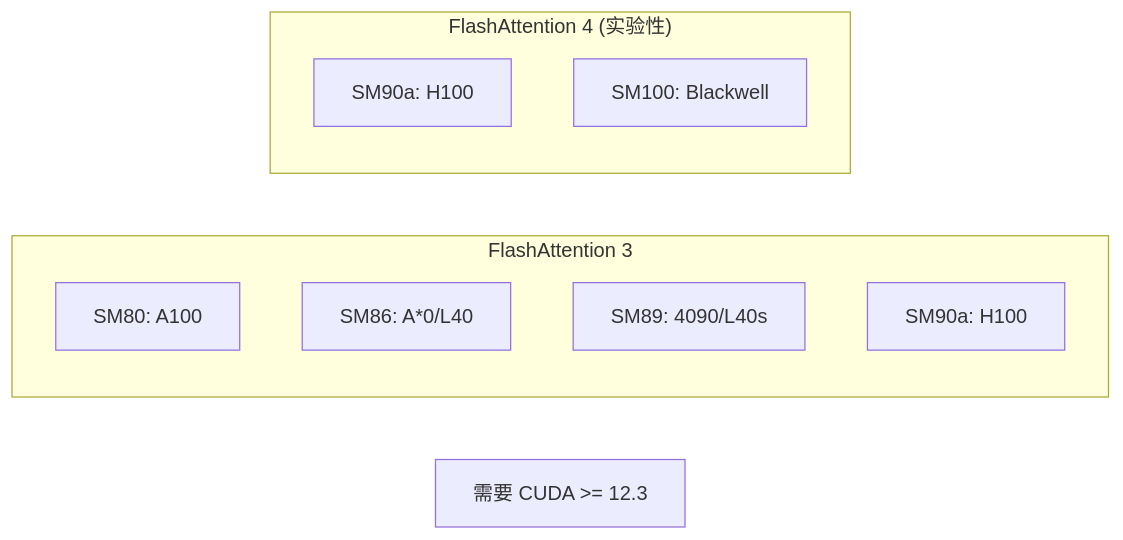
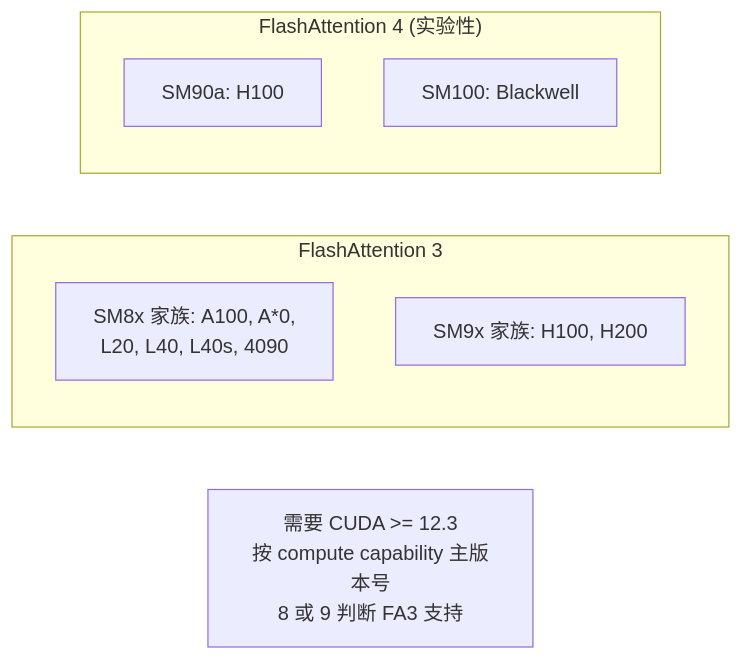
The second of 6 diagrams in SGLang/16-attention-kernels.md (wesleyck/AIInfraNotes), drawn with Mermaid before and after one commit. The commit also changed other lines of this file and 26 other files, not shown here.

````diff
--- a/SGLang/16-attention-kernels.md
+++ b/SGLang/16-attention-kernels.md
@@ -64,16 +64,14 @@
 ```mermaid
 flowchart LR
     subgraph FA3["FlashAttention 3"]
-        SM80["SM80: A100"]
-        SM86["SM86: A*0/L40"]
-        SM89["SM89: 4090/L40s"]
-        SM90["SM90a: H100"]
+        SM8x["SM8x 家族: A100, A*0,<br/>L20, L40, L40s, 4090"]
+        SM9x["SM9x 家族: H100, H200"]
     end
-    
+
     subgraph FA4["FlashAttention 4 (实验性)"]
         SM90a["SM90a: H100"]
         SM100["SM100: Blackwell"]
     end
-    
-    Note["需要 CUDA >= 12.3"]
+
+    Note["需要 CUDA >= 12.3<br/>按 compute capability 主版本号<br/>8 或 9 判断 FA3 支持"]
 ```
````
